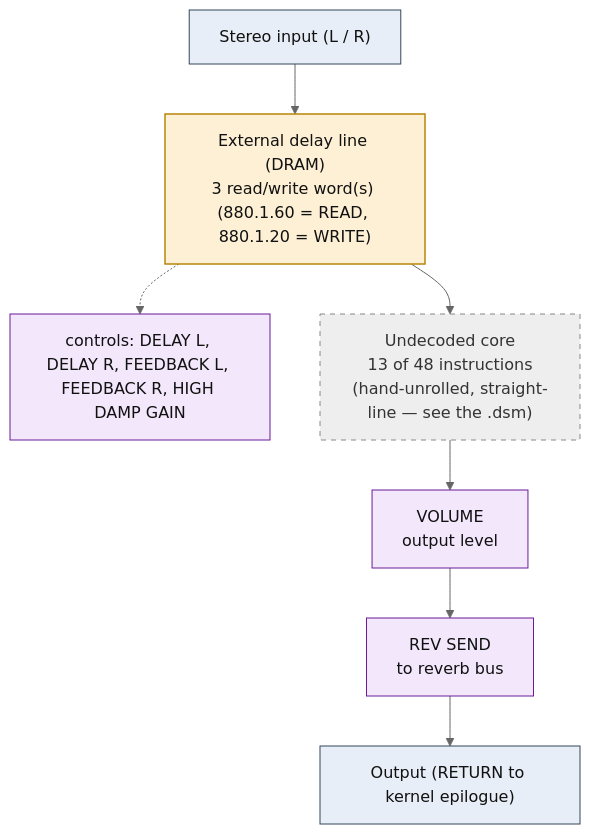
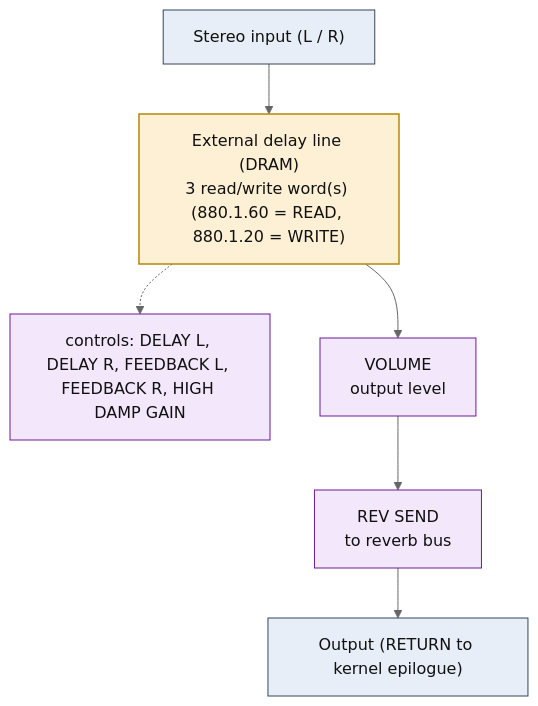
One commit to ArqueologiaDigital/kn5000-roms-disasm changed the diagram in dsp/flowcharts/prog09_single_delay.md. Above: the diagram before and after it, drawn with Mermaid (neutral theme). The commit also changed other lines of this file and 39 other files, not shown here.

First line of the commit message:
dsp: annotate all flowcharts with the classic effect topology each shape matches

````diff
--- a/dsp/flowcharts/prog09_single_delay.md
+++ b/dsp/flowcharts/prog09_single_delay.md
@@ -12,27 +12,24 @@
 ```mermaid
 flowchart TD
     N0["Stereo input (L / R)"]
     N1["External delay line (DRAM)<br/>3 read/write word(s) (880.1.60 = READ, 880.1.20 = WRITE)"]
     N0 --> N1
     N2["controls: DELAY L, DELAY R, FEEDBACK L, FEEDBACK R, HIGH DAMP GAIN"]
     N1 -.-> N2
-    N3["Undecoded core<br/>13 of 48 instructions<br/>(hand-unrolled, straight-line &mdash; see the .dsm)"]
+    N3["VOLUME<br/>output level"]
     N1 --> N3
-    N4["VOLUME<br/>output level"]
+    N4["REV SEND<br/>to reverb bus"]
     N3 --> N4
-    N5["REV SEND<br/>to reverb bus"]
+    N5["Output (RETURN to kernel epilogue)"]
     N4 --> N5
-    N6["Output (RETURN to kernel epilogue)"]
-    N5 --> N6
 
     classDef io fill:#e8eef7,stroke:#33475b,stroke-width:1px,color:#111;
     classDef proven fill:#d7f0d7,stroke:#2e7d32,stroke-width:2px,color:#111;
     classDef measured fill:#dbe9fb,stroke:#1565c0,stroke-width:1.5px,color:#111;
     classDef inferred fill:#fdf0d5,stroke:#b8860b,stroke-width:1.5px,color:#111;
     classDef open fill:#eeeeee,stroke:#888,stroke-width:1px,color:#333,stroke-dasharray:5 5;
     classDef ctrl fill:#f3e8fb,stroke:#6a1b9a,stroke-width:1px,color:#111;
-    class N0,N6 io;
+    class N0,N5 io;
     class N1 inferred;
-    class N2,N4,N5 ctrl;
-    class N3 open;
+    class N2,N3,N4 ctrl;
 ```
````
